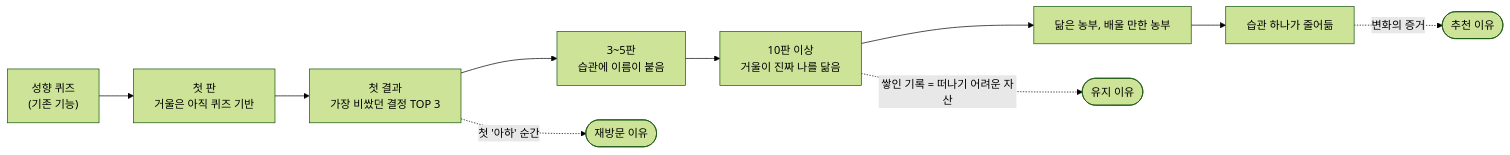
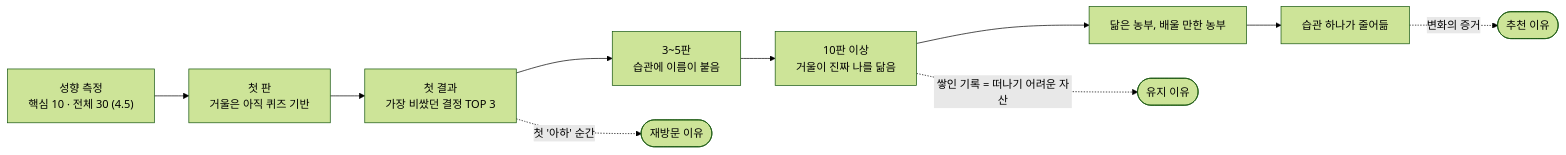
One commit to Collegenie-X/stock_simulation changed diagram 35 of 36 in docs/IR/GAME_AI_COMPARE_DESIGN.md. Above: the diagram before and after it, drawn with Mermaid (forest theme). The commit also changed other lines of this file and 187 other files, not shown here.

````diff
--- a/docs/IR/GAME_AI_COMPARE_DESIGN.md
+++ b/docs/IR/GAME_AI_COMPARE_DESIGN.md
@@ -1596,12 +1674,12 @@
 ```mermaid
 flowchart LR
-    A1["성향 퀴즈<br/>(기존 기능)"] --> A2["첫 판<br/>거울은 아직 퀴즈 기반"]
+    A1["성향 측정<br/>핵심 10 · 전체 30 (4.5)"] --> A2["첫 판<br/>거울은 아직 퀴즈 기반"]
     A2 --> A3["첫 결과<br/>가장 비쌌던 결정 TOP 3"]
     A3 --> A4["3~5판<br/>습관에 이름이 붙음"]
     A4 --> A5["10판 이상<br/>거울이 진짜 나를 닮음"]
     A5 --> A6["닮은 농부, 배울 만한 농부"]
     A6 --> A7["습관 하나가 줄어듦"]
     A3 -.->|"첫 '아하' 순간"| V1(["재방문 이유"])
     A5 -.->|"쌓인 기록 = 떠나기 어려운 자산"| V2(["유지 이유"])
     A7 -.->|"변화의 증거"| V3(["추천 이유"])
 ```
````
